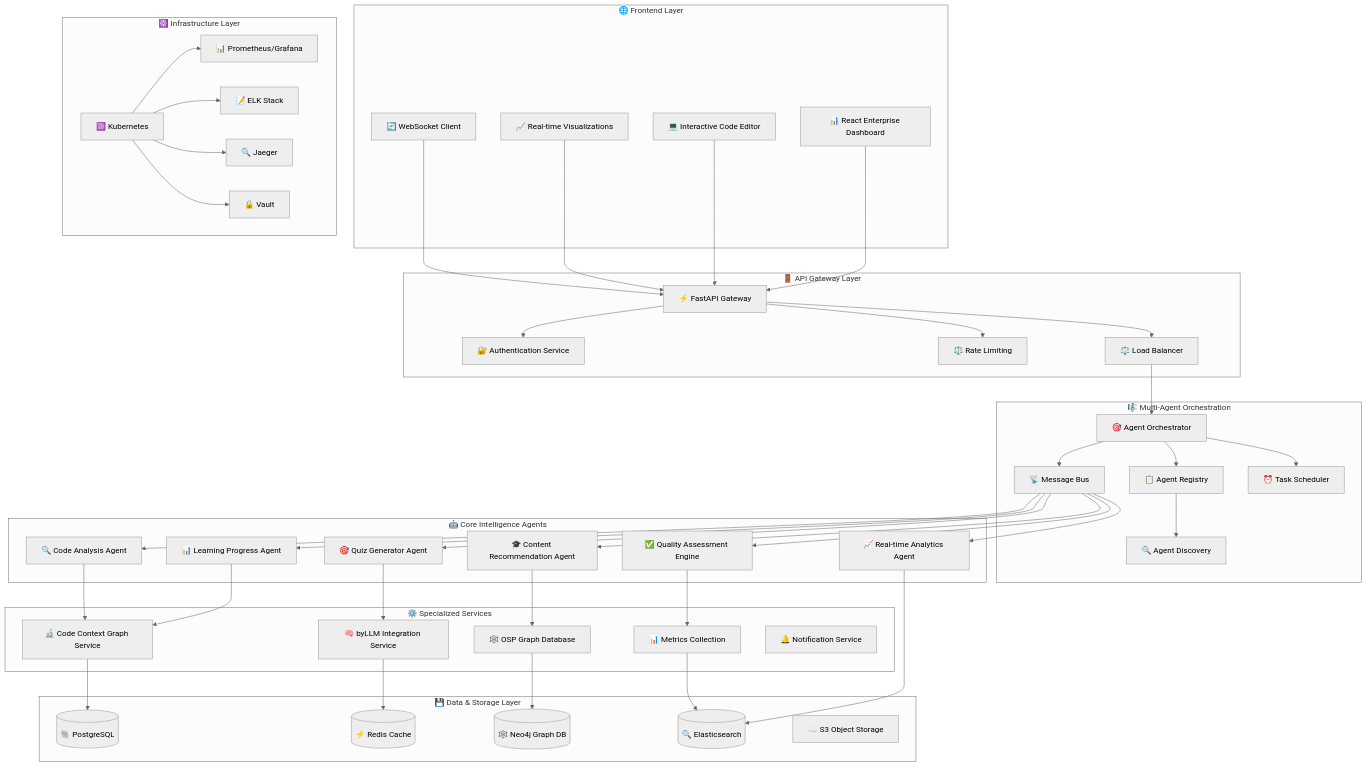
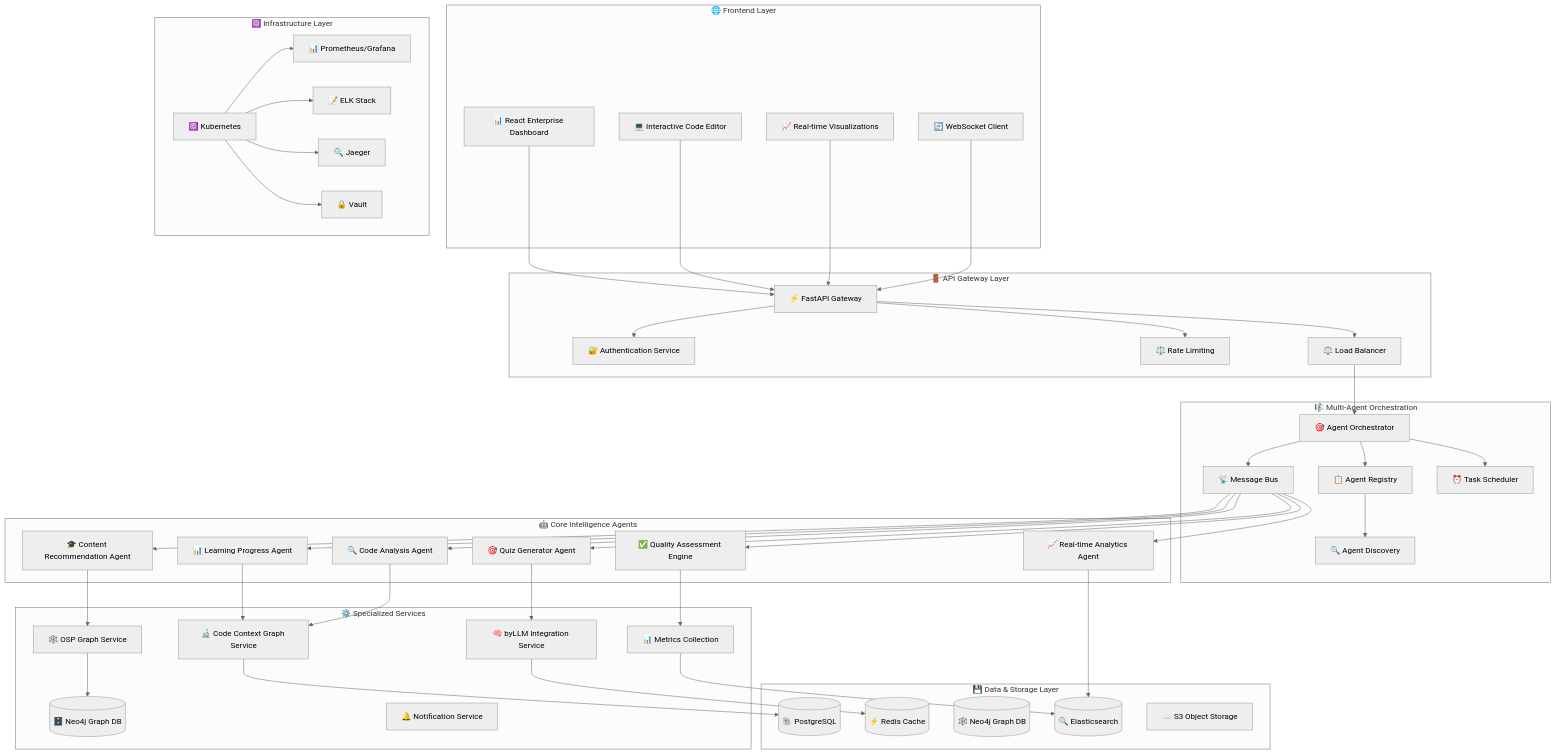
One commit to OumaCavin/jaseci-learning-companion changed the diagram in README.md. Above: the diagram before and after it, drawn with Mermaid (neutral theme). The commit also changed other lines of this file and 1 other file, not shown here.

First line of the commit message:
docs: update README with Phase 4 OSP Graph features and add comprehensive setup deployment guide

```diff
--- a/README.md
+++ b/README.md
@@ -75,7 +84,8 @@
     subgraph "⚙️ Specialized Services"
         CCG[🔬 Code Context Graph Service]
         LLM[🧠 byLLM Integration Service]
-        OSP[🕸️ OSP Graph Database]
+        OSP_SERVICE[🕸️ OSP Graph Service]
+        OSP_DB[(🗄️ Neo4j Graph DB)]
         METRICS[📊 Metrics Collection]
         NOTIFICATION[🔔 Notification Service]
     end
@@ -125,12 +135,12 @@
     QGA --> LLM
     CAA --> CCG
     QAE --> METRICS
-    CRA --> OSP
+    CRA --> OSP_SERVICE
     RAA --> ELASTIC
     
     CCG --> POSTGRES
     LLM --> REDIS
-    OSP --> NEO4J
+    OSP_SERVICE --> OSP_DB
     METRICS --> ELASTIC
     
     K8S --> MONITORING
```
